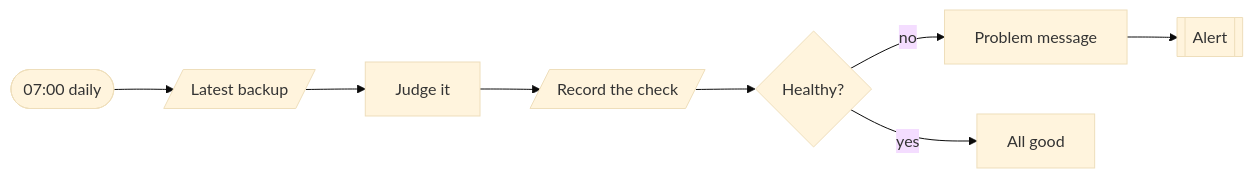
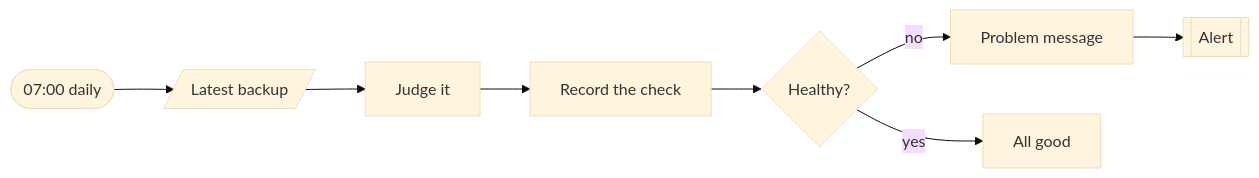
The second of 2 diagrams in workflows/monitoring/README.md (kimjoshuadr/n8n-workflows), drawn with Mermaid (base theme) before and after one commit. The commit also changed other lines of this file and 184 other files, not shown here.

Commit message:
Finish the move to named platforms: blocks, BambooHR, generated README, schema and platform marks

````diff
--- a/workflows/monitoring/README.md
+++ b/workflows/monitoring/README.md
@@ -59,18 +55,18 @@
 ```mermaid
 flowchart LR
   n1nakw4l(["07:00 daily"])
   n1e9s8ms[/"Latest backup"/]
   n1vc1kvv["Judge it"]
-  nkg7o35[/"Record the check"/]
+  nkg7o35["Record the check"]
   n1lmthex{"Healthy?"}
   n1f9vz3z["Problem message"]
   n4d13md[["Alert"]]
   nxotiwz["All good"]
   n1nakw4l --> n1e9s8ms
   n1e9s8ms --> n1vc1kvv
   n1vc1kvv --> nkg7o35
   nkg7o35 --> n1lmthex
   n1lmthex -->|yes| nxotiwz
   n1lmthex -->|no| n1f9vz3z
   n1f9vz3z --> n4d13md
 ```
````
